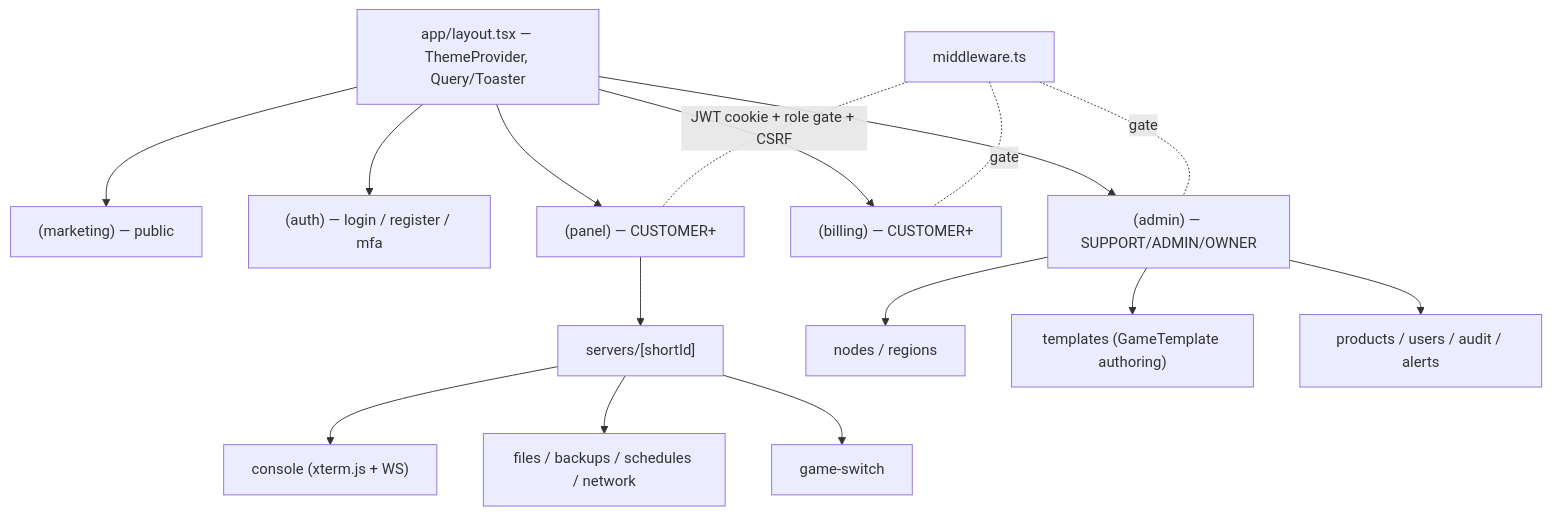
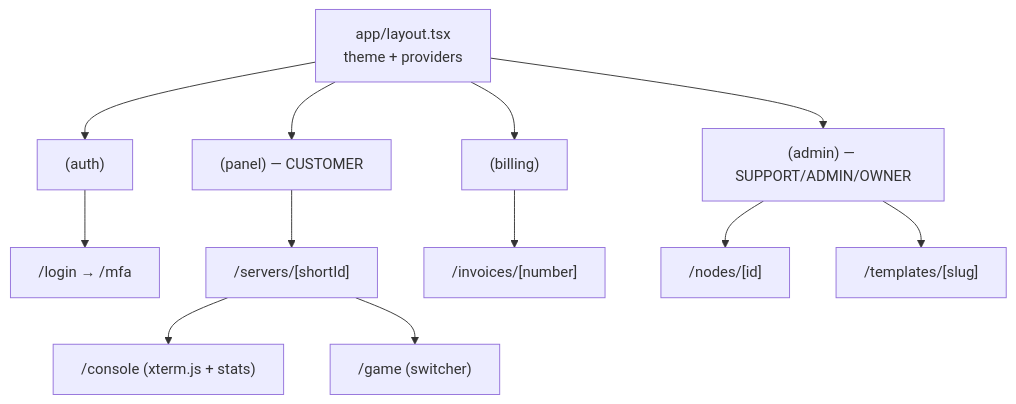
One commit to ReFxFrank/ReFxHosting changed the first of 2 diagrams in docs/04-frontend.md. Above: the diagram before and after it, drawn with Mermaid. The commit also changed other lines of this file and 44 other files, not shown here.

````diff
--- a/docs/04-frontend.md
+++ b/docs/04-frontend.md
@@ -122,22 +118,15 @@
 ```mermaid
 flowchart TD
-  Root["app/layout.tsx — ThemeProvider, Query/Toaster"]
-  Root --> MKT["(marketing) — public"]
-  Root --> AUTH["(auth) — login / register / mfa"]
-  Root --> PANEL["(panel) — CUSTOMER+"]
-  Root --> BILL["(billing) — CUSTOMER+"]
-  Root --> ADMIN["(admin) — SUPPORT/ADMIN/OWNER"]
+  Root["app/layout.tsx<br/>theme + providers"] --> Auth["(auth)"]
+  Root --> Panel["(panel) — CUSTOMER"]
+  Root --> Billing["(billing)"]
+  Root --> Admin["(admin) — SUPPORT/ADMIN/OWNER"]
 
-  PANEL --> SRV["servers/[shortId]"]
-  SRV --> CON["console (xterm.js + WS)"]
-  SRV --> FILES["files / backups / schedules / network"]
-  SRV --> SWITCH["game-switch"]
-
-  ADMIN --> NODES["nodes / regions"]
-  ADMIN --> TMPL["templates (GameTemplate authoring)"]
-  ADMIN --> PROD["products / users / audit / alerts"]
-
-  MW["middleware.ts"] -. "JWT cookie + role gate + CSRF" .- PANEL
-  MW -. gate .- BILL
-  MW -. gate .- ADMIN
+  Auth --> Login["/login → /mfa"]
+  Panel --> Servers["/servers/[shortId]"]
+  Servers --> Console["/console (xterm.js + stats)"]
+  Servers --> Game["/game (switcher)"]
+  Billing --> Invoices["/invoices/[number]"]
+  Admin --> Nodes["/nodes/[id]"]
+  Admin --> Templates["/templates/[slug]"]
 ```
````
